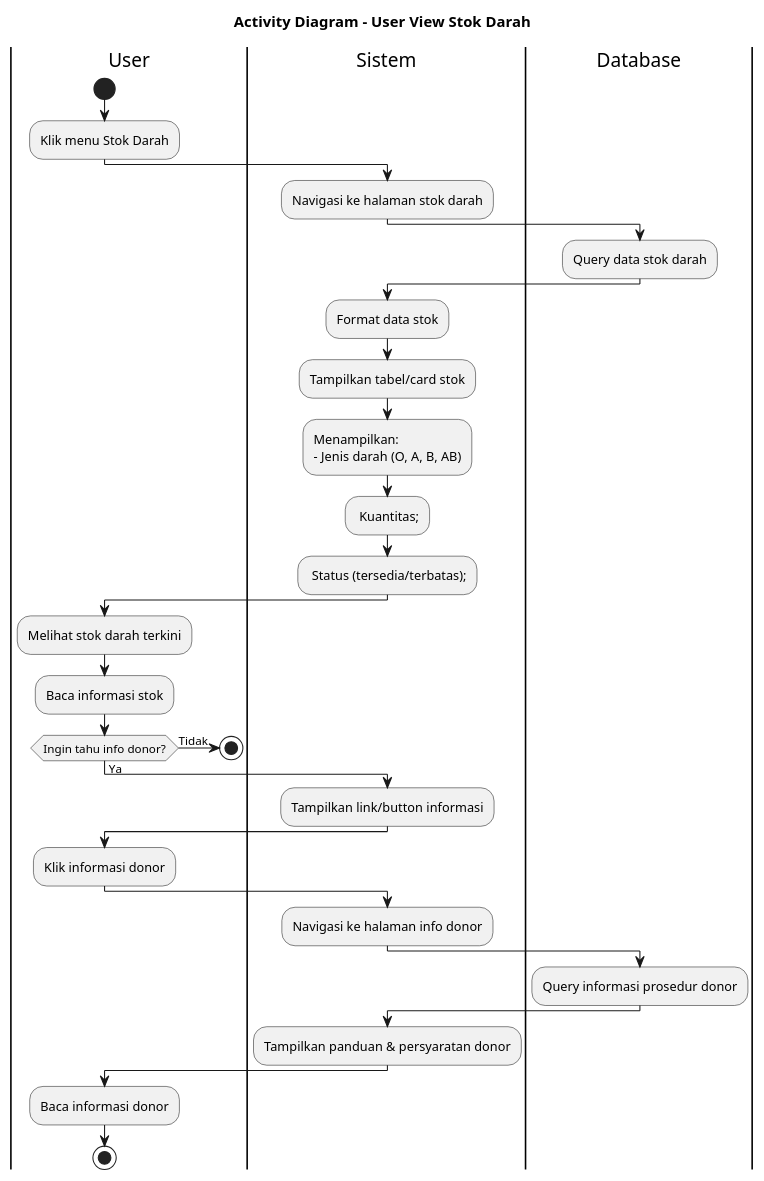
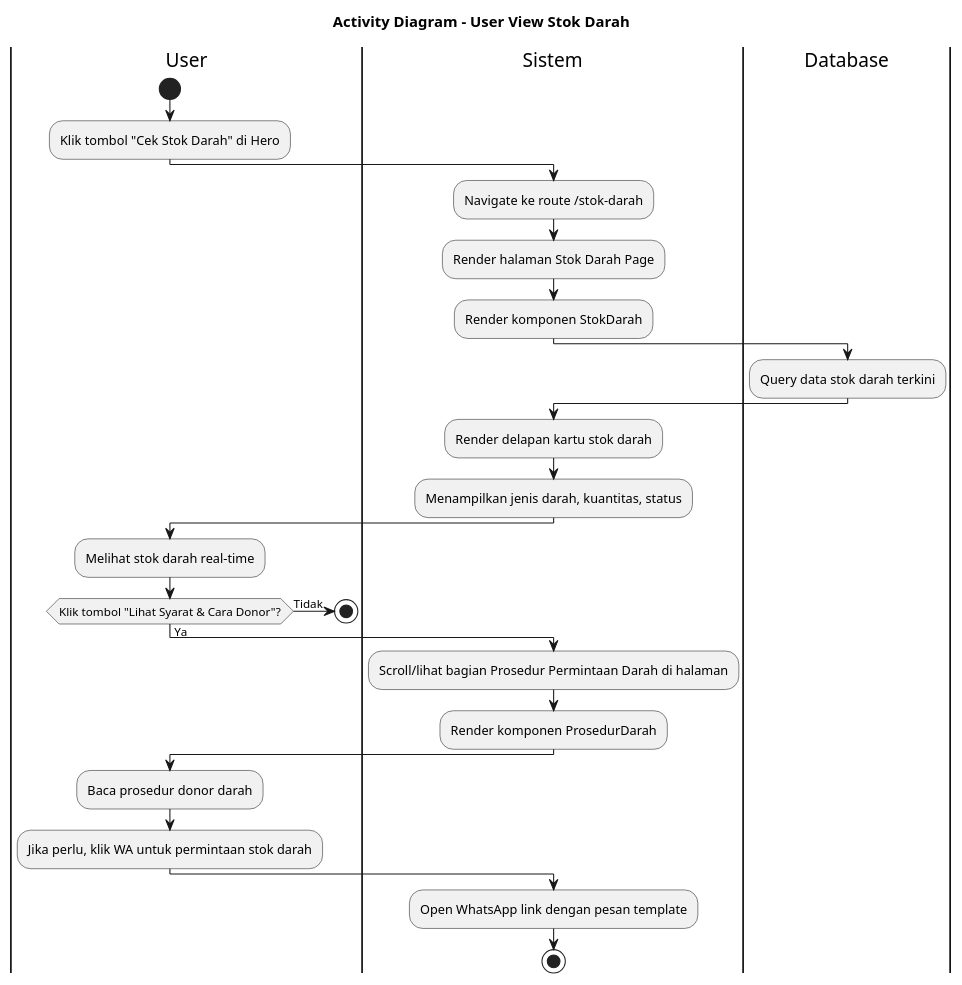
One commit to jaddu17/capstonepmikp changed the diagram in diagram/activitydiagram_user_view_stok.puml. Above: the diagram before and after it, drawn with PlantUML. The commit also changed 6 other files, not shown here.

```diff
--- a/diagram/activitydiagram_user_view_stok.puml
+++ b/diagram/activitydiagram_user_view_stok.puml
@@ -1,49 +1,45 @@
 @startuml ACTIVITY_DIAGRAM_USER_VIEW_STOK
 title Activity Diagram - User View Stok Darah
 
 |User|
 start
-:Klik menu Stok Darah;
+:Klik tombol "Cek Stok Darah" di Hero;
 
 |Sistem|
-:Navigasi ke halaman stok darah;
+:Navigate ke route /stok-darah;
+
+|Sistem|
+:Render halaman Stok Darah Page;
+
+|Sistem|
+:Render komponen StokDarah;
 
 |Database|
-:Query data stok darah;
+:Query data stok darah terkini;
 
 |Sistem|
-:Format data stok;
-:Tampilkan tabel/card stok;
-:Menampilkan:
-- Jenis darah (O, A, B, AB);
-- Kuantitas;
-- Status (tersedia/terbatas);
+:Render delapan kartu stok darah;
+:Menampilkan jenis darah, kuantitas, status;
 
 |User|
-:Melihat stok darah terkini;
-:Baca informasi stok;
+:Melihat stok darah real-time;
 
-if (Ingin tahu info donor?) then (Ya)
+if (Klik tombol "Lihat Syarat & Cara Donor"?) then (Ya)
   |Sistem|
-  :Tampilkan link/button informasi;
+  :Scroll/lihat bagian Prosedur Permintaan Darah di halaman;
+  :Render komponen ProsedurDarah;
   
   |User|
-  :Klik informasi donor;
+  :Baca prosedur donor darah;
 else (Tidak)
   stop
 endif
 
-|Sistem|
-:Navigasi ke halaman info donor;
-
-|Database|
-:Query informasi prosedur donor;
+|User|
+:Jika perlu, klik WA untuk permintaan stok darah;
 
 |Sistem|
-:Tampilkan panduan & persyaratan donor;
+:Open WhatsApp link dengan pesan template;
 
-|User|
-:Baca informasi donor;
 stop
-
 @enduml
```
